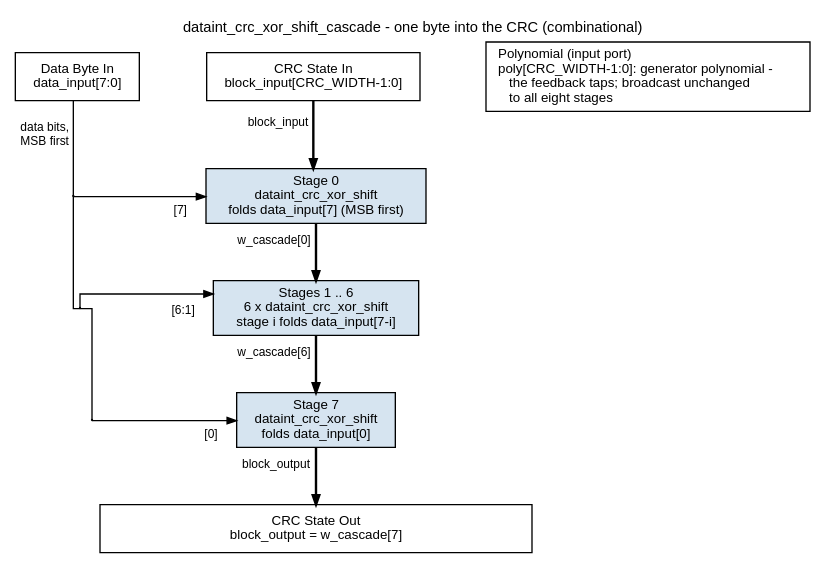
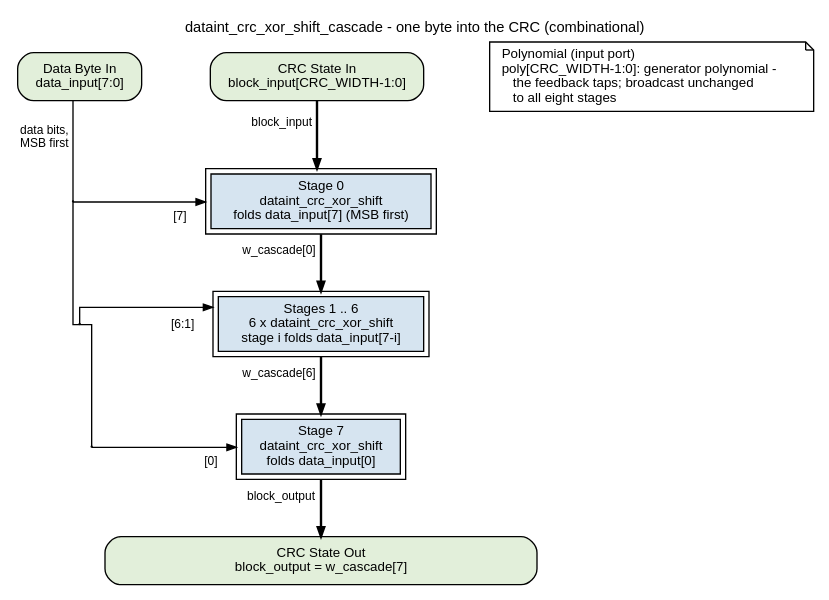
Before and after one commit to sean-galloway/RTLDesignSherpa: the diagram in docs/markdown/assets/rtl-common/graphviz/dataint_crc_xor_shift_cascade.dot, drawn with Graphviz. The commit also changed 1165 other files, not shown here.

First line of the commit message:
docs: every block diagram converted to the element key v3 (641 rendered)

```diff
--- a/docs/markdown/assets/rtl-common/graphviz/dataint_crc_xor_shift_cascade.dot
+++ b/docs/markdown/assets/rtl-common/graphviz/dataint_crc_xor_shift_cascade.dot
@@ -1,46 +1,46 @@
 // dataint_crc_xor_shift_cascade block diagram - house style.
 // Purely combinational: eight dataint_crc_xor_shift bit-steps chained, folding
 // one data byte into the CRC, MSB (data_input[7]) first. The CRC state is the
 // main column; the data bits enter from the left, one per stage group. poly is
 // broadcast to all eight stages and is described in its legend, not drawn.
 // Source of truth: rtl/common/dataint_crc_xor_shift_cascade.sv.
 digraph dataint_crc_xor_shift_cascade {
     graph [rankdir=TB, bgcolor="white", fontname="Helvetica", fontsize=11,
            nodesep="0.35", ranksep="0.60", splines=ortho, newrank=true,
            labelloc=t, labeljust=c];
     node  [fontname="Helvetica", fontsize=10, shape=box, style=filled,
-           fillcolor="#D6E4F0", color="black", margin="0.12,0.06"];
+           fillcolor="white", color="black", margin="0.12,0.06"];
     edge  [fontname="Helvetica", fontsize=9, color="black", arrowsize=0.7];
     label="dataint_crc_xor_shift_cascade - one byte into the CRC (combinational)";
 
-    bi   [label="CRC State In\nblock_input[CRC_WIDTH-1:0]", fillcolor="white"];
-    di   [label="Data Byte In\ndata_input[7:0]", fillcolor="white"];
-    leg  [label="Polynomial (input port)\lpoly[CRC_WIDTH-1:0]: generator polynomial -\l    the feedback taps; broadcast unchanged\l    to all eight stages\l", fillcolor="white"];
+    bi   [label="CRC State In\nblock_input[CRC_WIDTH-1:0]", fillcolor="white", style="rounded,filled", fillcolor="#E2EFDA"];
+    di   [label="Data Byte In\ndata_input[7:0]", fillcolor="white", style="rounded,filled", fillcolor="#E2EFDA"];
+    leg  [label="Polynomial (input port)\lpoly[CRC_WIDTH-1:0]: generator polynomial -\l    the feedback taps; broadcast unchanged\l    to all eight stages\l", fillcolor="white", shape=note];
 
-    s0   [group=M, label="Stage 0\ndataint_crc_xor_shift\nfolds data_input[7] (MSB first)"];
-    s16  [group=M, label="Stages 1 .. 6\n6 x dataint_crc_xor_shift\nstage i folds data_input[7-i]"];
-    s7   [group=M, label="Stage 7\ndataint_crc_xor_shift\nfolds data_input[0]"];
-    bar  [label="CRC State Out\nblock_output = w_cascade[7]", fillcolor="white", width=4.5];
+    s0   [group=M, label="Stage 0\ndataint_crc_xor_shift\nfolds data_input[7] (MSB first)", peripheries=2, style="filled", fillcolor="#D6E4F0"];
+    s16  [group=M, label="Stages 1 .. 6\n6 x dataint_crc_xor_shift\nstage i folds data_input[7-i]", peripheries=2, style="filled", fillcolor="#D6E4F0"];
+    s7   [group=M, label="Stage 7\ndataint_crc_xor_shift\nfolds data_input[0]", peripheries=2, style="filled", fillcolor="#D6E4F0"];
+    bar  [label="CRC State Out\nblock_output = w_cascade[7]", fillcolor="white", width=4.5, style="rounded,filled", fillcolor="#E2EFDA"];
 
     bi  -> s0  [xlabel="block_input", penwidth=1.8];
     s0  -> s16 [xlabel="w_cascade[0]", penwidth=1.8];
     s16 -> s7  [xlabel="w_cascade[6]", penwidth=1.8];
     s7  -> bar [xlabel="block_output", penwidth=1.8];
 
     p_d0 [shape=point, width=0.01];
     p_d1 [shape=point, width=0.01];
     p_d7 [shape=point, width=0.01];
     di -> p_d0 [arrowhead=none, headclip=false, xlabel="data bits,\nMSB first"];
     p_d0 -> s0 [headlabel="[7]", labelangle=30, labeldistance=2.2, tailclip=false, minlen=4];
     p_d0 -> p_d1 [arrowhead=none, headclip=false, tailclip=false];
     p_d1 -> s16 [headlabel="[6:1]", labelangle=30, labeldistance=2.6, tailclip=false, minlen=4];
     p_d1 -> p_d7 [arrowhead=none, headclip=false, tailclip=false];
     p_d7 -> s7 [headlabel="[0]", labelangle=30, labeldistance=2.2, tailclip=false, minlen=4];
 
     { rank=same; di; bi; leg; }
     di -> bi [style=invis, minlen=2];
     bi -> leg [style=invis, minlen=2];
     { rank=same; p_d0; s0; }
     { rank=same; p_d1; s16; }
     { rank=same; p_d7; s7; }
 }
```
